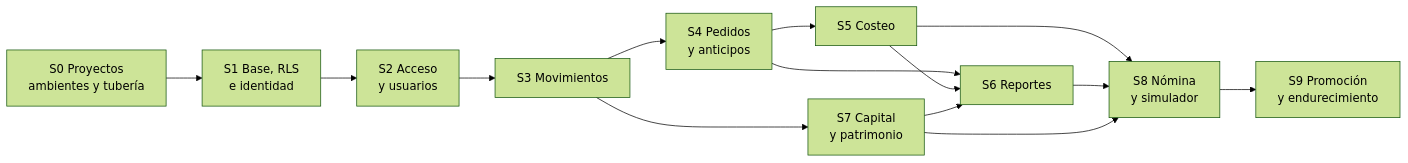
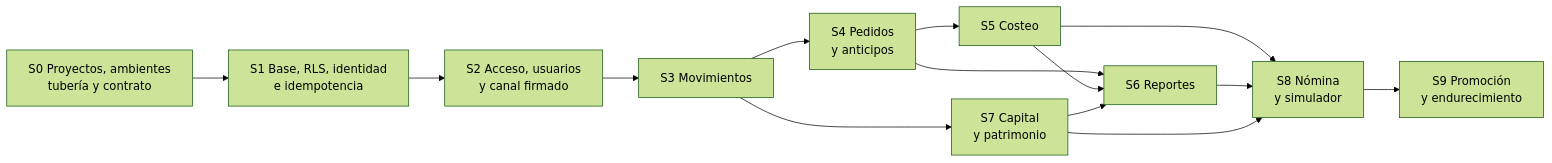
The second of 2 diagrams in docs/08-plan-de-desarrollo.md (Juanchope039/Finanzas-PRISMA), drawn with Mermaid (forest theme) before and after one commit. The commit also changed other lines of this file and 30 other files, not shown here.

````diff
--- a/docs/08-plan-de-desarrollo.md
+++ b/docs/08-plan-de-desarrollo.md
@@ -402,16 +509,16 @@
 ```mermaid
 graph LR
-  S0[S0 Proyectos<br/>ambientes y tubería] --> S1[S1 Base, RLS<br/>e identidad]
-  S1 --> S2[S2 Acceso<br/>y usuarios]
+  S0[S0 Proyectos, ambientes<br/>tubería y contrato] --> S1[S1 Base, RLS, identidad<br/>e idempotencia]
+  S1 --> S2[S2 Acceso, usuarios<br/>y canal firmado]
   S2 --> S3[S3 Movimientos]
   S3 --> S4[S4 Pedidos<br/>y anticipos]
   S3 --> S7[S7 Capital<br/>y patrimonio]
   S4 --> S5[S5 Costeo]
   S4 --> S6[S6 Reportes]
   S5 --> S6
   S7 --> S6
   S5 --> S8[S8 Nómina<br/>y simulador]
   S6 --> S8
   S7 --> S8
   S8 --> S9[S9 Promoción<br/>y endurecimiento]
 ```
````
